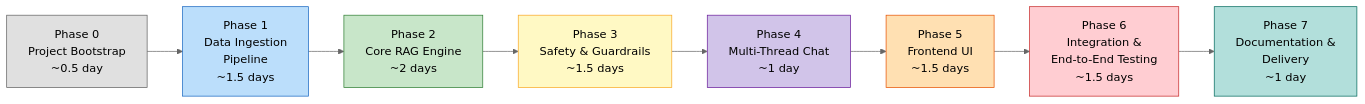
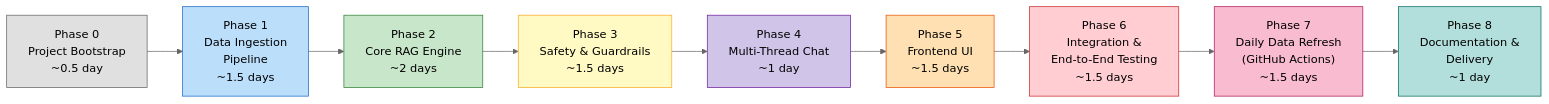
Before and after one commit to sarveshnigalye/Mutual-Fund-Assistant: the first of 4 diagrams in Docs/implementation-plan.md, drawn with Mermaid (neutral theme). The commit also changed other lines of this file and 18 other files, not shown here.

````diff
--- a/Docs/implementation-plan.md
+++ b/Docs/implementation-plan.md
@@ -13,22 +14,24 @@
 ```mermaid
 flowchart LR
     P0["Phase 0\nProject Bootstrap\n~0.5 day"]
     P1["Phase 1\nData Ingestion\nPipeline\n~1.5 days"]
     P2["Phase 2\nCore RAG Engine\n~2 days"]
     P3["Phase 3\nSafety & Guardrails\n~1.5 days"]
     P4["Phase 4\nMulti-Thread Chat\n~1 day"]
     P5["Phase 5\nFrontend UI\n~1.5 days"]
     P6["Phase 6\nIntegration &\nEnd-to-End Testing\n~1.5 days"]
-    P7["Phase 7\nDocumentation &\nDelivery\n~1 day"]
+    P7["Phase 7\nDaily Data Refresh\n(GitHub Actions)\n~1.5 days"]
+    P8["Phase 8\nDocumentation &\nDelivery\n~1 day"]
 
-    P0 --> P1 --> P2 --> P3 --> P4 --> P5 --> P6 --> P7
+    P0 --> P1 --> P2 --> P3 --> P4 --> P5 --> P6 --> P7 --> P8
 
     style P0 fill:#e0e0e0,stroke:#616161
     style P1 fill:#bbdefb,stroke:#1565c0
     style P2 fill:#c8e6c9,stroke:#2e7d32
     style P3 fill:#fff9c4,stroke:#f9a825
     style P4 fill:#d1c4e9,stroke:#6a1b9a
     style P5 fill:#ffe0b2,stroke:#e65100
     style P6 fill:#ffcdd2,stroke:#c62828
-    style P7 fill:#b2dfdb,stroke:#00695c
+    style P7 fill:#f8bbd0,stroke:#ad1457
+    style P8 fill:#b2dfdb,stroke:#00695c
 ```
````
